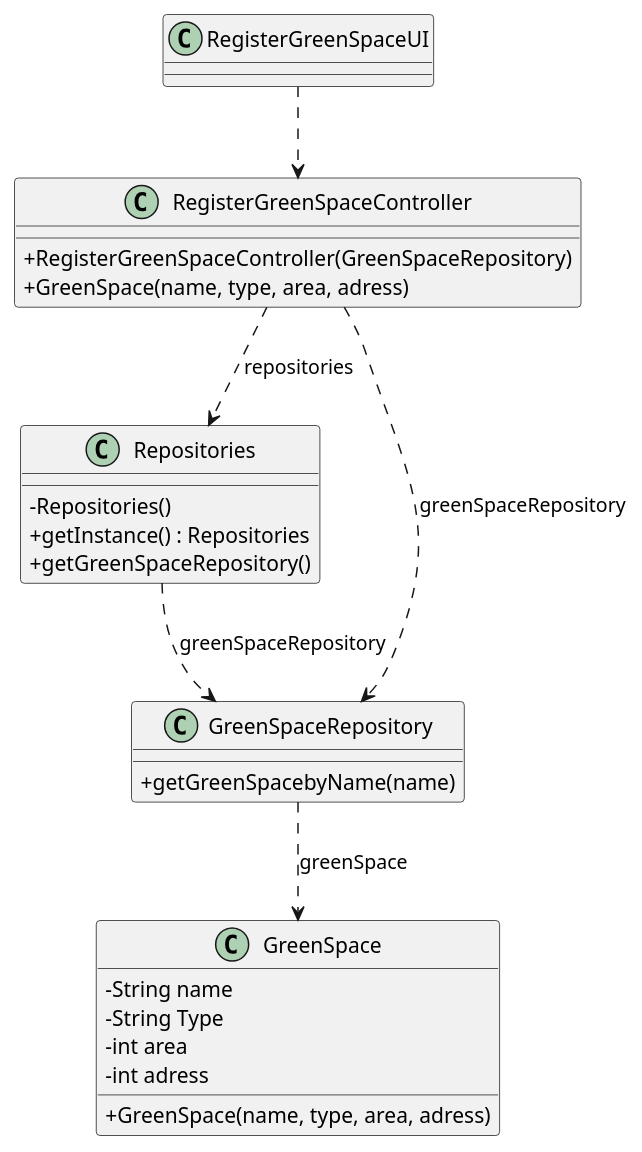
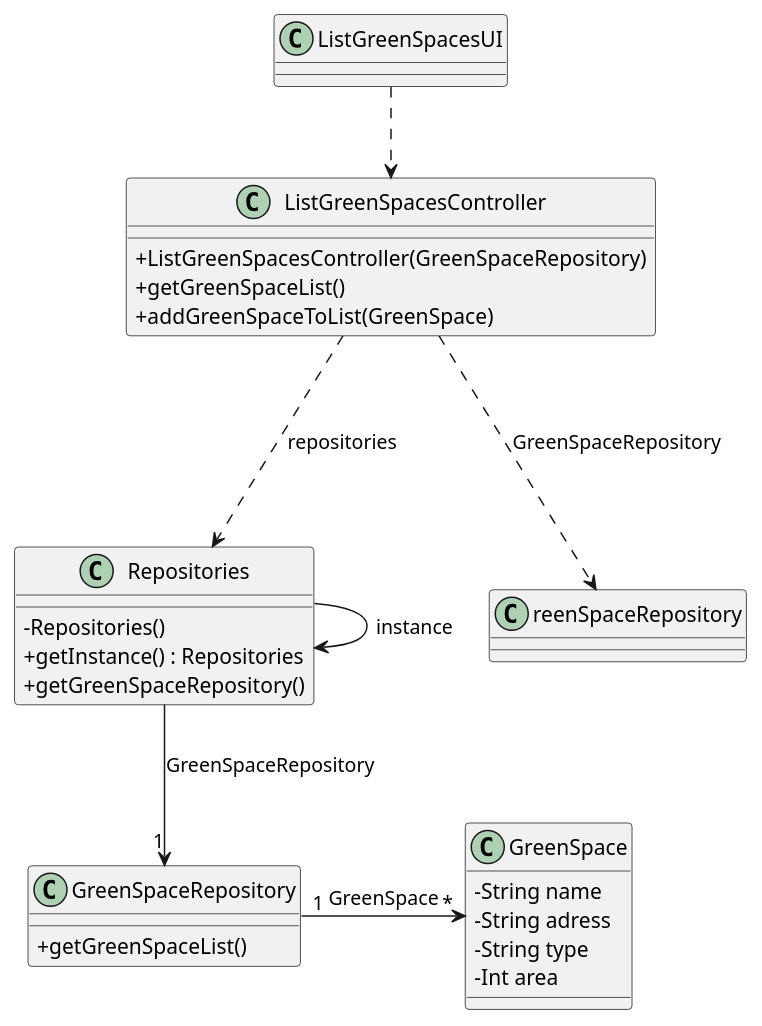
One commit to Departamento-de-Engenharia-Informatica/lei-24-s2-1dm-g132 changed the diagram in docs/sprintC/us027/03.design/puml/us027-class-diagram.puml. Above: the diagram before and after it, drawn with PlantUML. The commit also changed 6 other files, not shown here.

```diff
--- a/docs/sprintC/us027/03.design/puml/us027-class-diagram.puml
+++ b/docs/sprintC/us027/03.design/puml/us027-class-diagram.puml
@@ -1,42 +1,54 @@
 @startuml
-skinparam classAttributeIconSize 0
+'skinparam monochrome true
+skinparam packageStyle rectangle
+skinparam shadowing false
+skinparam linetype polyline
+'skinparam linetype orto
 
 skinparam classAttributeIconSize 0
 
-class RegisterGreenSpaceController {
-     + RegisterGreenSpaceController(GreenSpaceRepository)
-        + GreenSpace(name, type, area, adress)
+'left to right direction
+
+class GreenSpace {
+  - String name
+  - String adress
+  - String type
+  - Int area
+}
+
+
+
+class ListGreenSpacesUI {
+}
+
+class ListGreenSpacesController {
+    + ListGreenSpacesController(GreenSpaceRepository)
+    + getGreenSpaceList()
+    + addGreenSpaceToList(GreenSpace)
 
 }
 
-
-class RegisterGreenSpaceUI {
-
-}
-
-class GreenSpace
-{
-    - String name
-    - String Type
-    - int area
-    - int adress
-    + GreenSpace(name, type, area, adress)
-}
 class Repositories {
     - Repositories()
     + getInstance() : Repositories
     + getGreenSpaceRepository()
 }
 
 class GreenSpaceRepository {
-   + getGreenSpacebyName(name)
+    + getGreenSpaceList()
 }
 
-RegisterGreenSpaceUI ..> RegisterGreenSpaceController
-RegisterGreenSpaceController ..> GreenSpaceRepository : greenSpaceRepository
-GreenSpaceRepository ..> GreenSpace : greenSpace
-Repositories ..> GreenSpaceRepository : greenSpaceRepository
-RegisterGreenSpaceController ..> Repositories : repositories
-'RegisterGreenSpaceController ..> GreenSpace : greenSpace
+
+
+Repositories -> Repositories : instance
+Repositories --> "1" GreenSpaceRepository: GreenSpaceRepository
+ListGreenSpacesController ...> Repositories: repositories
+ListGreenSpacesController ...> reenSpaceRepository: GreenSpaceRepository
+
+ListGreenSpacesUI ..> ListGreenSpacesController
+
+GreenSpaceRepository "1" -> "*" GreenSpace : GreenSpace
+
+
 
 @enduml
```
